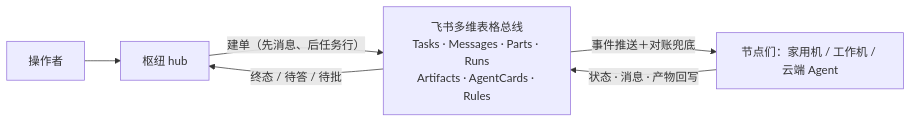
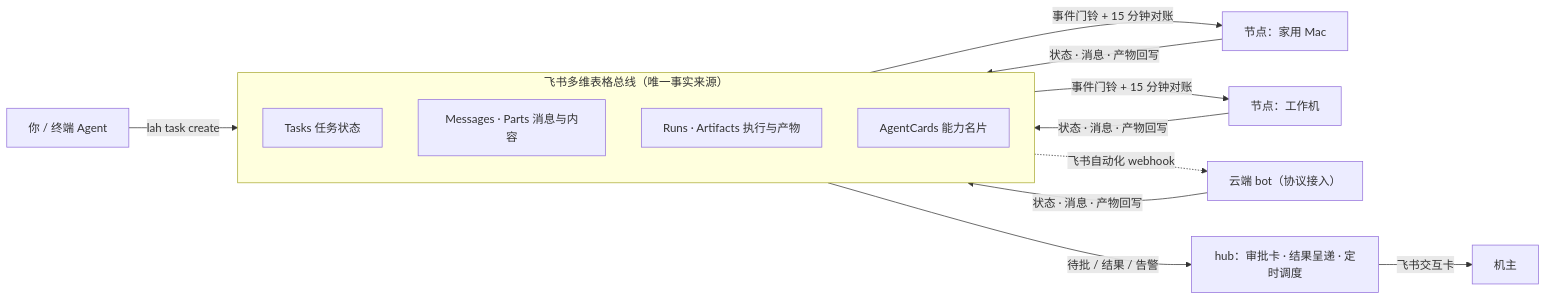
One commit to backtomyfuture/lark-a2a-hub changed the first of 2 diagrams in README.md. Above: the diagram before and after it, drawn with Mermaid. The commit also changed other lines of this file and 3 other files, not shown here.

````diff
--- a/README.md
+++ b/README.md
@@ -34,8 +42,17 @@
 ```mermaid
 flowchart LR
-    OP["操作者"] --> HUB["枢纽 hub"]
-    HUB -->|"建单（先消息、后任务行）"| BUS["飞书多维表格总线<br/>Tasks · Messages · Parts · Runs<br/>Artifacts · AgentCards · Rules"]
-    BUS -->|"事件推送＋对账兜底"| NODES["节点们：家用机 / 工作机 / 云端 Agent"]
-    NODES -->|"状态 · 消息 · 产物回写"| BUS
-    BUS -->|"终态 / 待答 / 待批"| HUB
+    OP["你 / 终端 Agent"] -->|"lah task create"| BUS
+    subgraph BUS["飞书多维表格总线（唯一事实来源）"]
+        direction TB
+        T["Tasks 任务状态"]
+        M["Messages · Parts 消息与内容"]
+        R["Runs · Artifacts 执行与产物"]
+        C["AgentCards 能力名片"]
+    end
+    BUS -->|"事件门铃 + 15 分钟对账"| N1["节点：家用 Mac"]
+    BUS -->|"事件门铃 + 15 分钟对账"| N2["节点：工作机"]
+    BUS -.->|"飞书自动化 webhook"| N3["云端 bot（协议接入）"]
+    N1 & N2 & N3 -->|"状态 · 消息 · 产物回写"| BUS
+    BUS -->|"待批 / 结果 / 告警"| HUB["hub：审批卡 · 结果呈递 · 定时调度"]
+    HUB -->|"飞书交互卡"| OWNER["机主"]
 ```
````
